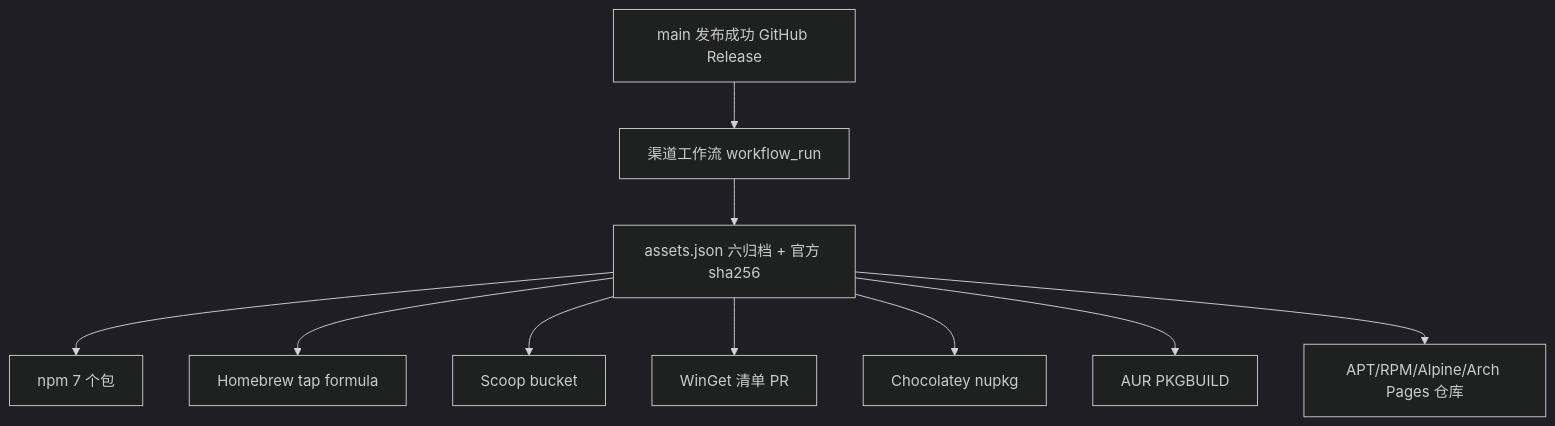
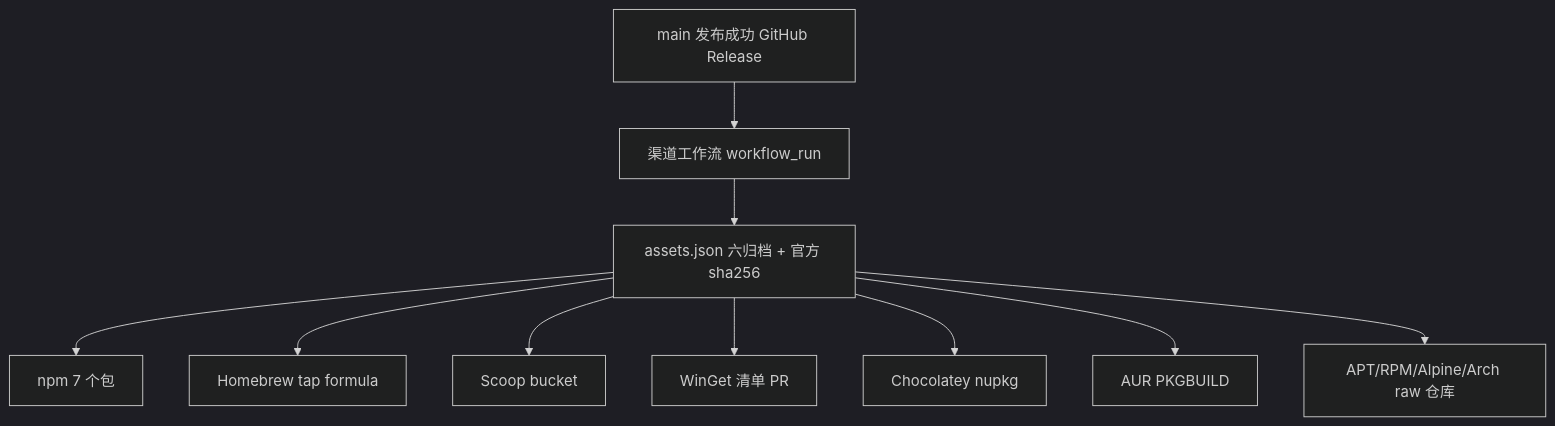
Before and after one commit to zerobiubiu/kenvoy: the diagram in docs/operations/distribution-channels.md, drawn with Mermaid (dark theme). The commit also changed other lines of this file and 21 other files, not shown here.

````diff
--- a/docs/operations/distribution-channels.md
+++ b/docs/operations/distribution-channels.md
@@ -7,12 +7,12 @@
 ```mermaid
 flowchart TD
   A[main 发布成功 GitHub Release] --> B[渠道工作流 workflow_run]
   B --> C[assets.json 六归档 + 官方 sha256]
   C --> D[npm 7 个包]
   C --> E[Homebrew tap formula]
   C --> F[Scoop bucket]
   C --> G[WinGet 清单 PR]
   C --> H[Chocolatey nupkg]
   C --> I[AUR PKGBUILD]
-  C --> J[APT/RPM/Alpine/Arch Pages 仓库]
+  C --> J[APT/RPM/Alpine/Arch raw 仓库]
 ```
````
